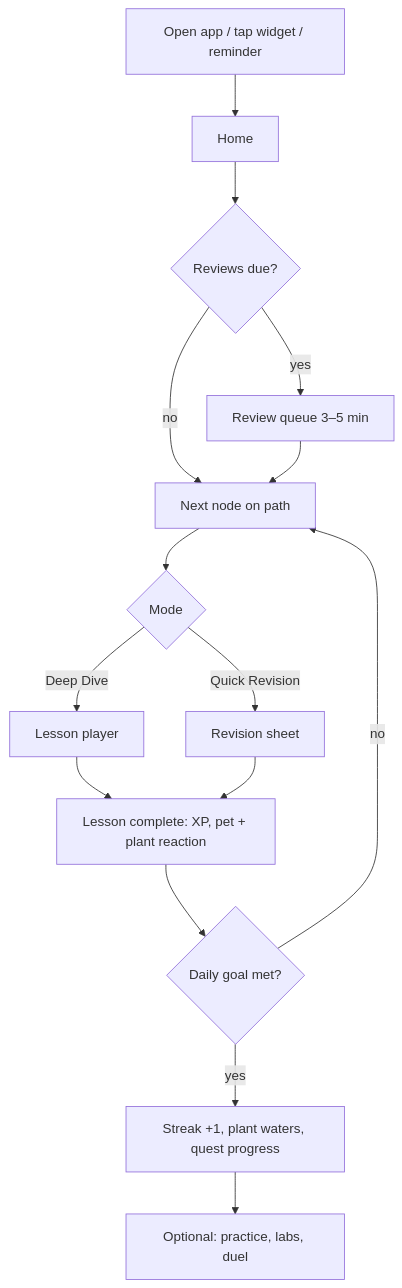
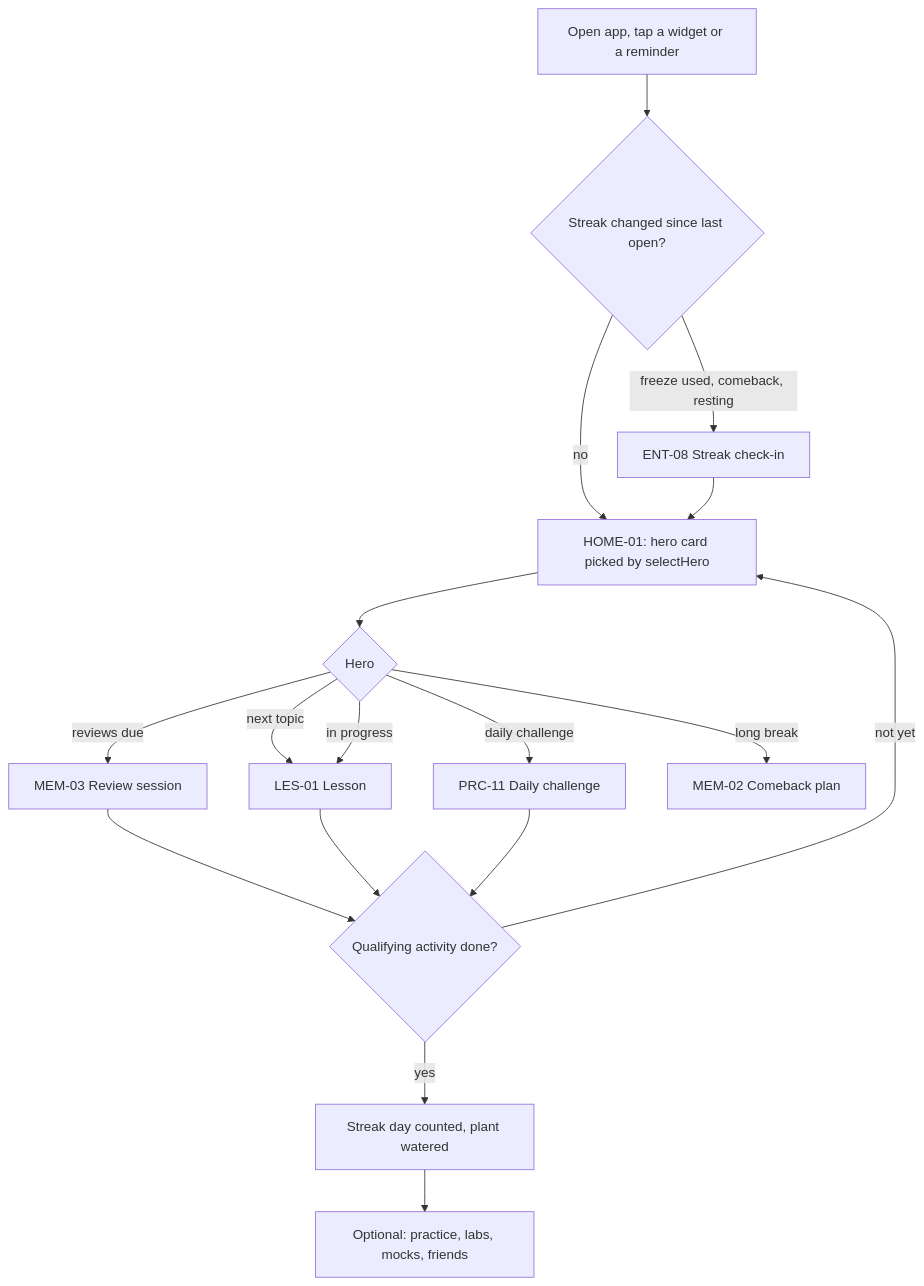
Before and after one commit to saksham1991999/smriti: the fourth of 9 diagrams in docs/APP_FLOW.md, drawn with Mermaid. The commit also changed other lines of this file and 17 other files, not shown here.

First line of the commit message:
Add area mocks, rewrite APP_FLOW and UX_FLOW as indexes, add shared components

````diff
--- a/docs/APP_FLOW.md
+++ b/docs/APP_FLOW.md
@@ -108,17 +148,19 @@
 ```mermaid
 flowchart TD
-  Open[Open app / tap widget / reminder] --> Home
-  Home --> Due{Reviews due?}
-  Due -->|yes| Rev[Review queue 3–5 min]
-  Due -->|no| Next
-  Rev --> Next[Next node on path]
-  Next --> Mode{Mode}
-  Mode -->|Deep Dive| DD[Lesson player]
-  Mode -->|Quick Revision| QR[Revision sheet]
-  DD --> Done[Lesson complete: XP, pet + plant reaction]
-  QR --> Done
-  Done --> Goal{Daily goal met?}
-  Goal -->|no| Next
-  Goal -->|yes| Celebrate[Streak +1, plant waters, quest progress]
-  Celebrate --> Optional[Optional: practice, labs, duel]
+  Open[Open app, tap a widget or a reminder] --> Chk{Streak changed since last open?}
+  Chk -->|freeze used, comeback, resting| E8[ENT-08 Streak check-in]
+  Chk -->|no| Home
+  E8 --> Home[HOME-01: hero card picked by selectHero]
+  Home --> Hero{Hero}
+  Hero -->|reviews due| Rev[MEM-03 Review session]
+  Hero -->|next topic| Les[LES-01 Lesson]
+  Hero -->|in progress| Les
+  Hero -->|daily challenge| DC[PRC-11 Daily challenge]
+  Hero -->|long break| CB[MEM-02 Comeback plan]
+  Rev --> Q{Qualifying activity done?}
+  Les --> Q
+  DC --> Q
+  Q -->|yes| Day[Streak day counted, plant watered]
+  Q -->|not yet| Home
+  Day --> More[Optional: practice, labs, mocks, friends]
 ```
````
